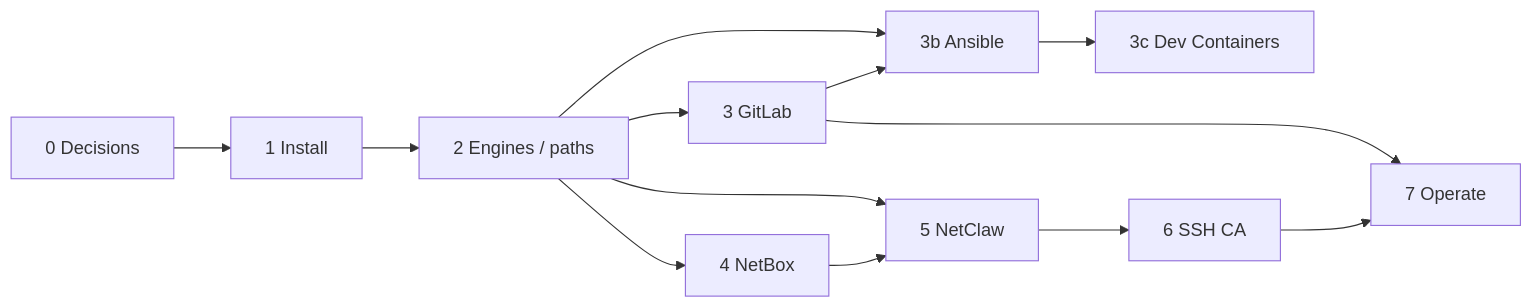
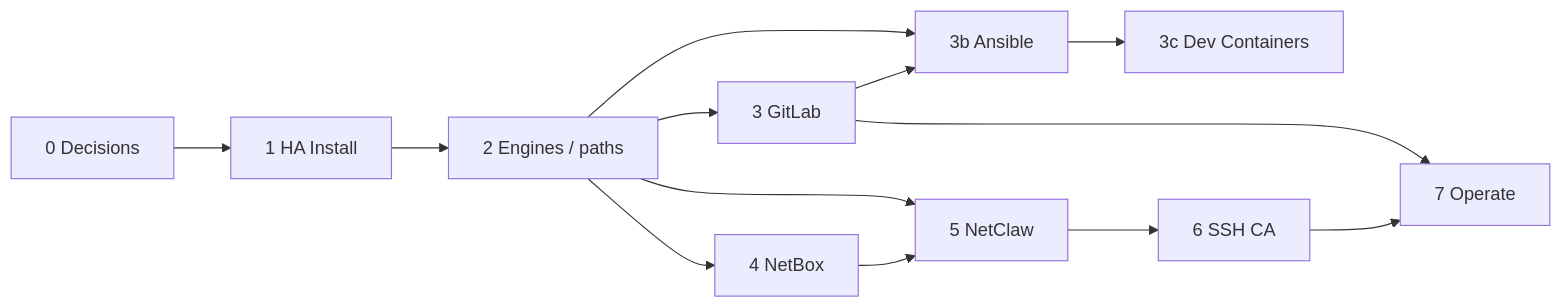
One commit to j-munroe/NetClaw-Production-Install-Guide changed the second of 2 diagrams in docs/WORKPLAN.md. Above: the diagram before and after it, drawn with Mermaid. The commit also changed other lines of this file and 37 other files, not shown here.

````diff
--- a/docs/WORKPLAN.md
+++ b/docs/WORKPLAN.md
@@ -265,15 +268,15 @@
 ```mermaid
 flowchart LR
-  P0[0 Decisions] --> P1[1 Install]
+  P0[0 Decisions] --> P1[1 HA Install]
   P1 --> P2[2 Engines / paths]
   P2 --> P3[3 GitLab]
   P2 --> P3b[3b Ansible]
   P2 --> P4[4 NetBox]
   P3 --> P3b
   P3b --> P3c[3c Dev Containers]
   P2 --> P5[5 NetClaw]
   P4 --> P5
   P5 --> P6[6 SSH CA]
   P3 --> P7[7 Operate]
   P6 --> P7
 ```
````
